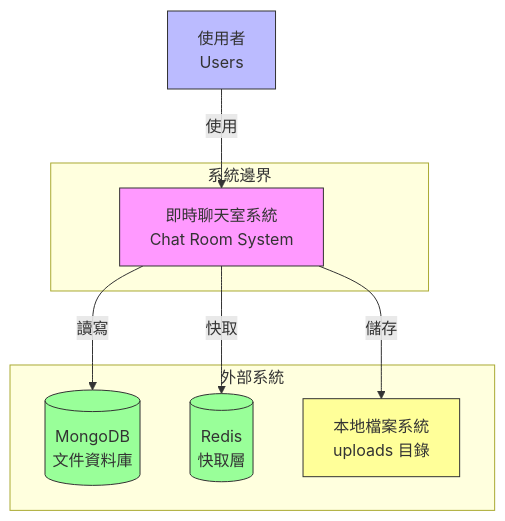
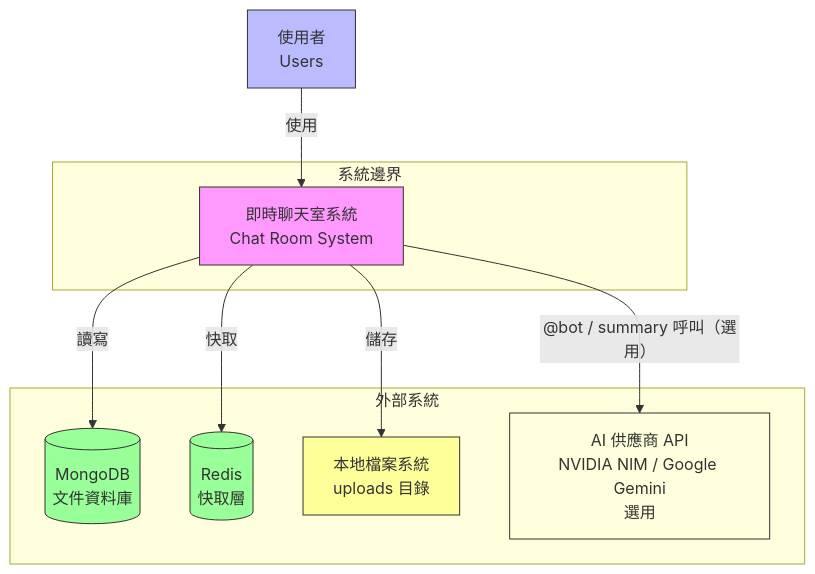
One commit to twtrubiks/mongo-fastapi-svelte-chat changed the first of 11 diagrams in docs/c4-architecture.md. Above: the diagram before and after it, drawn with Mermaid. The commit also changed other lines of this file and 5 other files, not shown here.

````diff
--- a/docs/c4-architecture.md
+++ b/docs/c4-architecture.md
@@ -30,26 +30,29 @@
 ```mermaid
 graph TB
     subgraph "系統邊界"
         ChatSystem[即時聊天室系統<br/>Chat Room System]
     end
 
     User[使用者<br/>Users]
 
     subgraph "外部系統"
         MongoDB[(MongoDB<br/>文件資料庫)]
         Redis[(Redis<br/>快取層)]
         FileStorage[本地檔案系統<br/>uploads 目錄]
+        LLMProvider[AI 供應商 API<br/>NVIDIA NIM / Google Gemini<br/>選用]
     end
 
     User -->|使用| ChatSystem
 
     ChatSystem -->|讀寫| MongoDB
     ChatSystem -->|快取| Redis
     ChatSystem -->|儲存| FileStorage
+    ChatSystem -->|"@bot / summary 呼叫（選用"）| LLMProvider
 
     style ChatSystem fill:#f9f,stroke:#333
     style User fill:#bbf,stroke:#333
     style MongoDB fill:#9f9,stroke:#333
     style Redis fill:#9f9,stroke:#333
     style FileStorage fill:#ff9,stroke:#333
+    style LLMProvider fill:#ffd,stroke:#333
 ```
````
